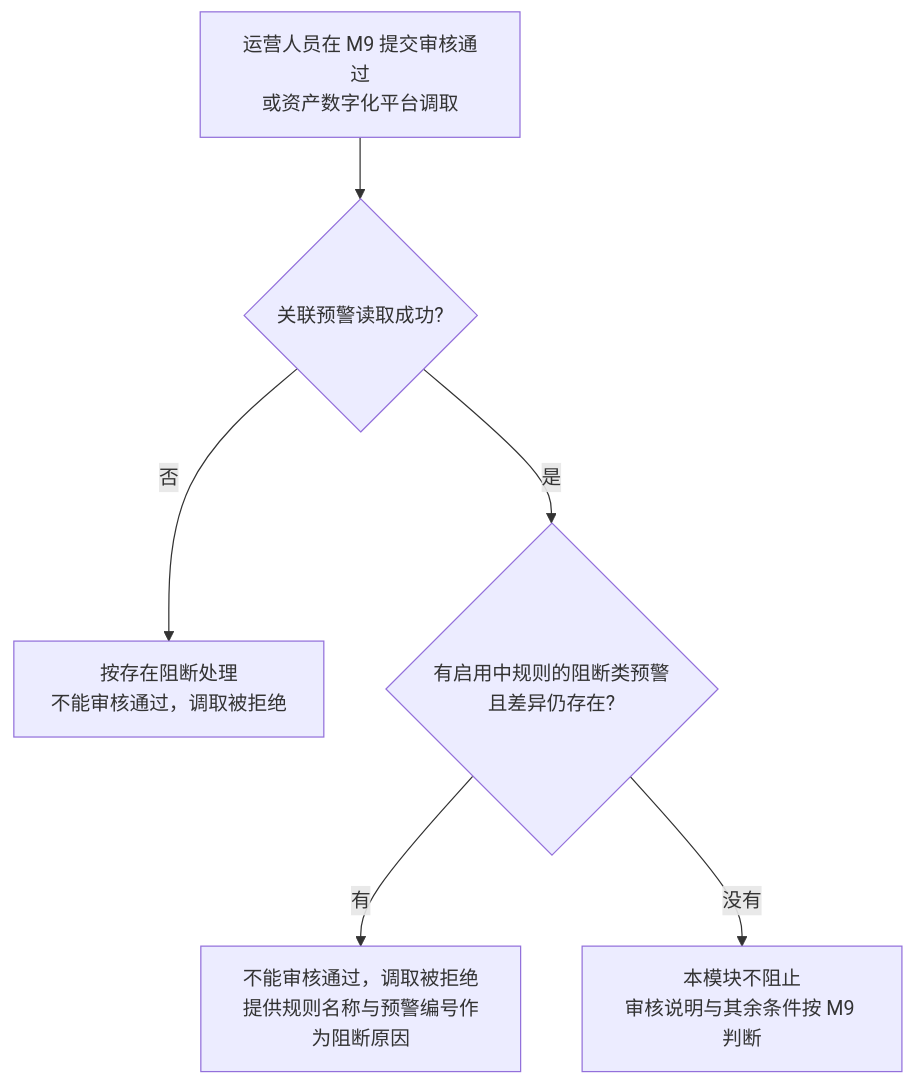
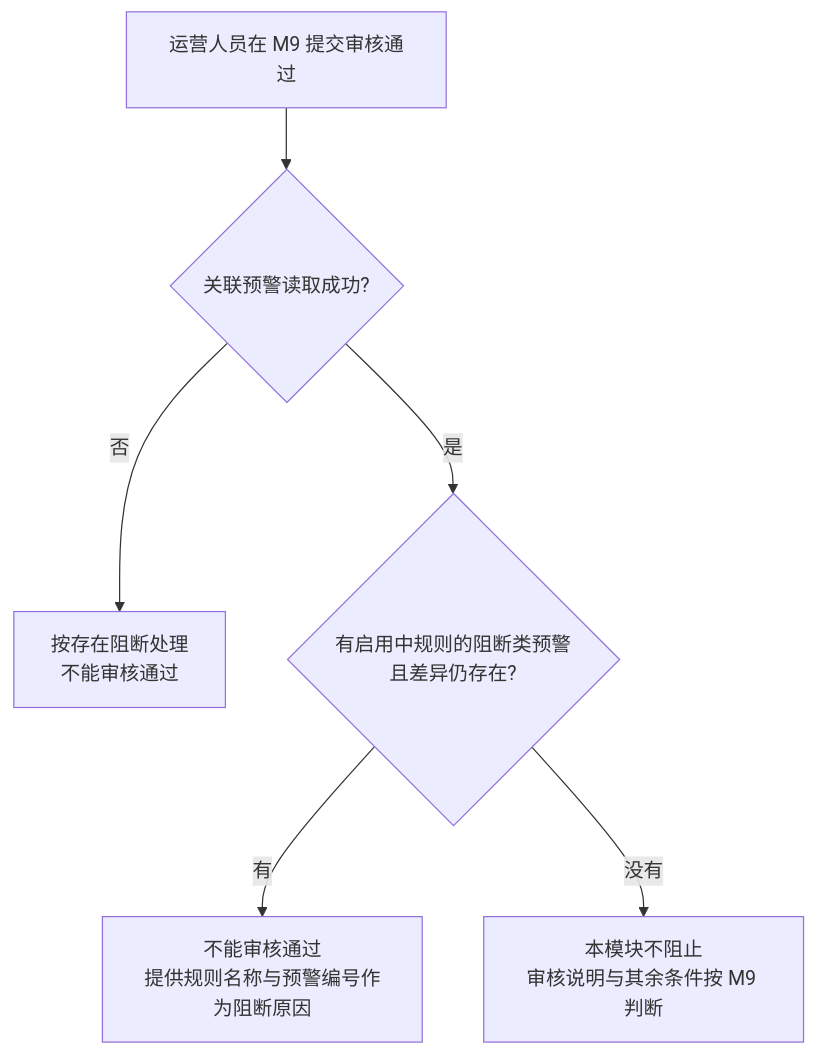
One commit to wxblockchain/Chain-Financing changed the sixth of 7 diagrams in asset-trust-platform/PRD/运营端/M8-风控预警/02-风控预警-流程图与状态机.md. Above: the diagram before and after it, drawn with Mermaid. The commit also changed other lines of this file and 4 other files, not shown here.

````diff
--- a/asset-trust-platform/PRD/运营端/M8-风控预警/02-风控预警-流程图与状态机.md
+++ b/asset-trust-platform/PRD/运营端/M8-风控预警/02-风控预警-流程图与状态机.md
@@ -115,8 +115,8 @@
 ```mermaid
 flowchart TD
-    A[运营人员在 M9 提交审核通过<br/>或资产数字化平台调取] --> B{关联预警读取成功?}
-    B -->|否| B1[按存在阻断处理<br/>不能审核通过，调取被拒绝]
+    A[运营人员在 M9 提交审核通过] --> B{关联预警读取成功?}
+    B -->|否| B1[按存在阻断处理<br/>不能审核通过]
     B -->|是| C{有启用中规则的阻断类预警<br/>且差异仍存在?}
-    C -->|有| C1[不能审核通过，调取被拒绝<br/>提供规则名称与预警编号作为阻断原因]
+    C -->|有| C1[不能审核通过<br/>提供规则名称与预警编号作为阻断原因]
     C -->|没有| G[本模块不阻止<br/>审核说明与其余条件按 M9 判断]
 ```
````
